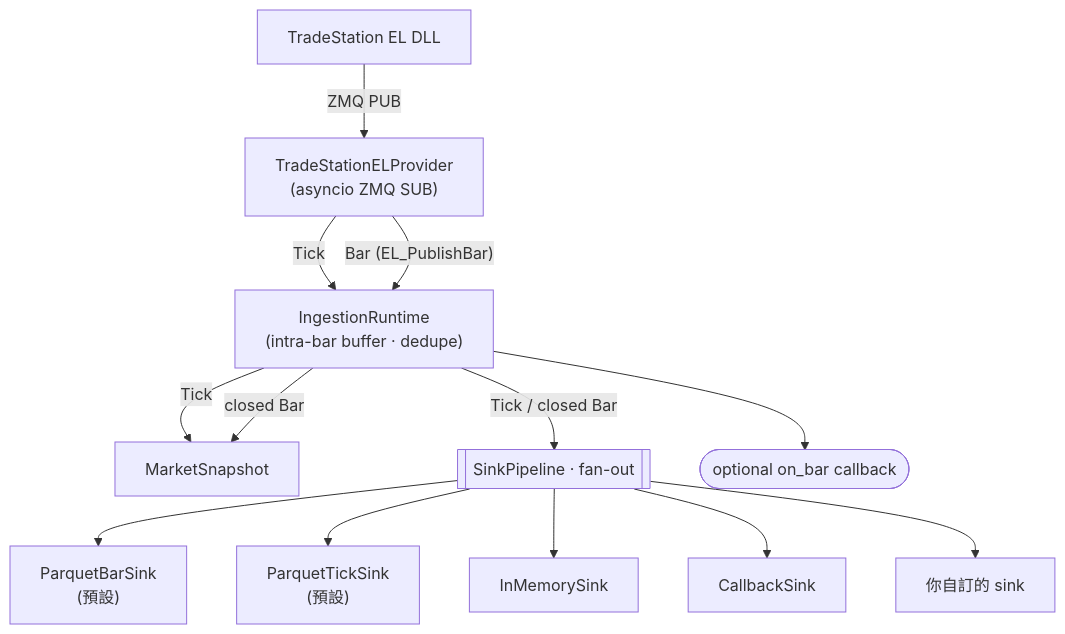
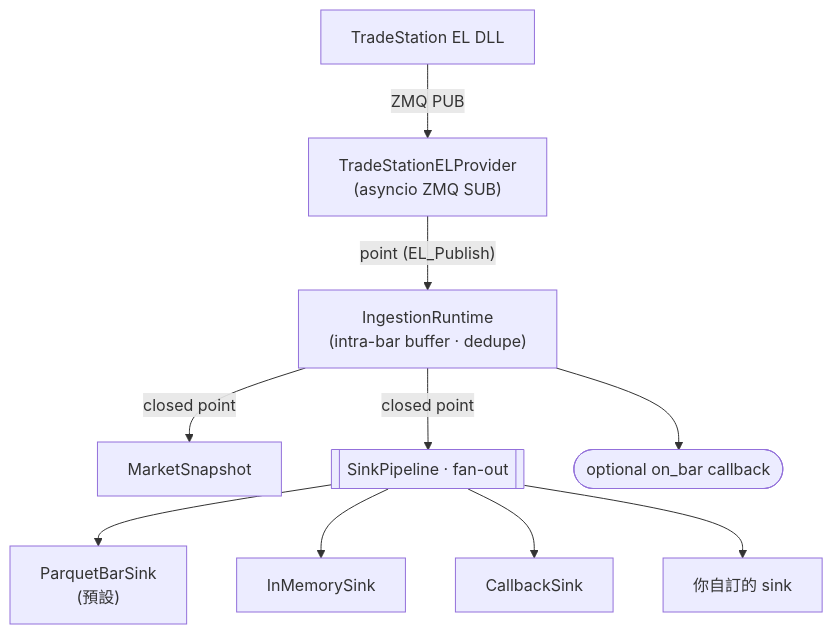
One commit to millerlai/tradestation-data-provider changed the diagram in bindings/python/README.zh-TW.md. Above: the diagram before and after it, drawn with Mermaid. The commit also changed other lines of this file and 79 other files, not shown here.

````diff
--- a/bindings/python/README.zh-TW.md
+++ b/bindings/python/README.zh-TW.md
@@ -31,28 +31,24 @@
 ```mermaid
 flowchart TD
     DLL["TradeStation EL DLL"]
     Provider["TradeStationELProvider<br/>(asyncio ZMQ SUB)"]
     Runtime["IngestionRuntime<br/>(intra-bar buffer · dedupe)"]
     Snapshot["MarketSnapshot"]
     Pipeline[["SinkPipeline · fan-out"]]
     OnBar(["optional on_bar callback"])
 
     PBar["ParquetBarSink<br/>(預設)"]
-    PTick["ParquetTickSink<br/>(預設)"]
     Memory["InMemorySink"]
     Callback["CallbackSink"]
     Custom["你自訂的 sink"]
 
     DLL -- "ZMQ PUB" --> Provider
-    Provider -- "Tick" --> Runtime
-    Provider -- "Bar (EL_PublishBar)" --> Runtime
-    Runtime -- "Tick" --> Snapshot
-    Runtime -- "closed Bar" --> Snapshot
-    Runtime -- "Tick / closed Bar" --> Pipeline
+    Provider -- "point (EL_Publish)" --> Runtime
+    Runtime -- "closed point" --> Snapshot
+    Runtime -- "closed point" --> Pipeline
     Runtime --> OnBar
     Pipeline --> PBar
-    Pipeline --> PTick
     Pipeline --> Memory
     Pipeline --> Callback
     Pipeline --> Custom
 ```
````
